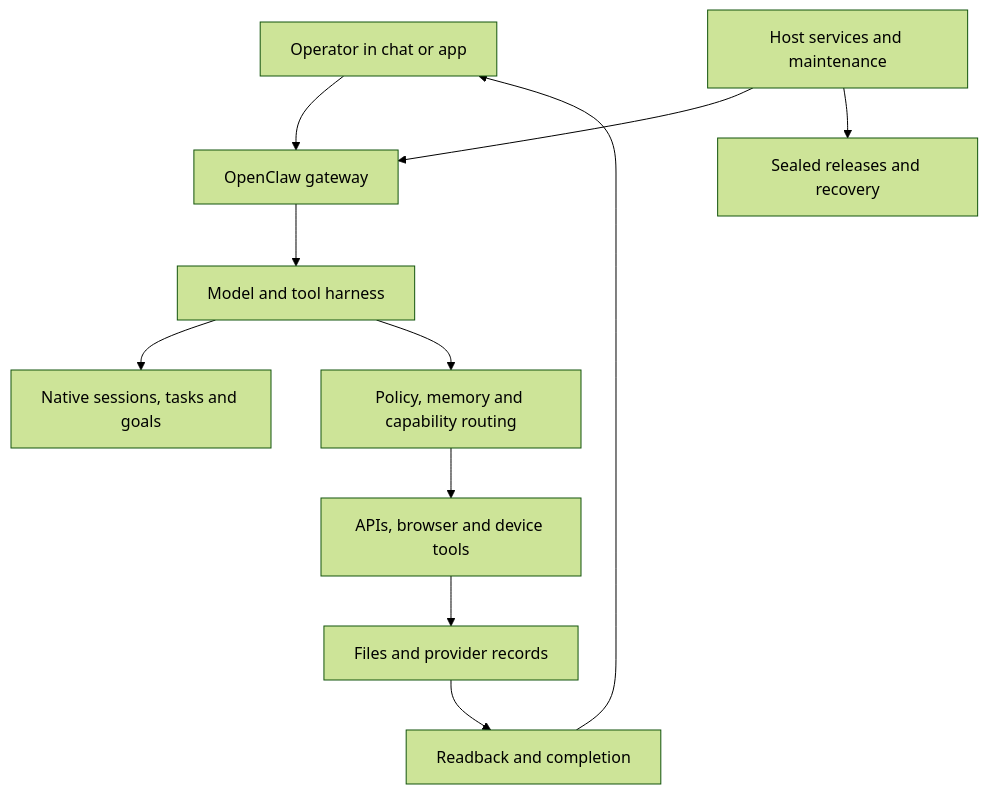
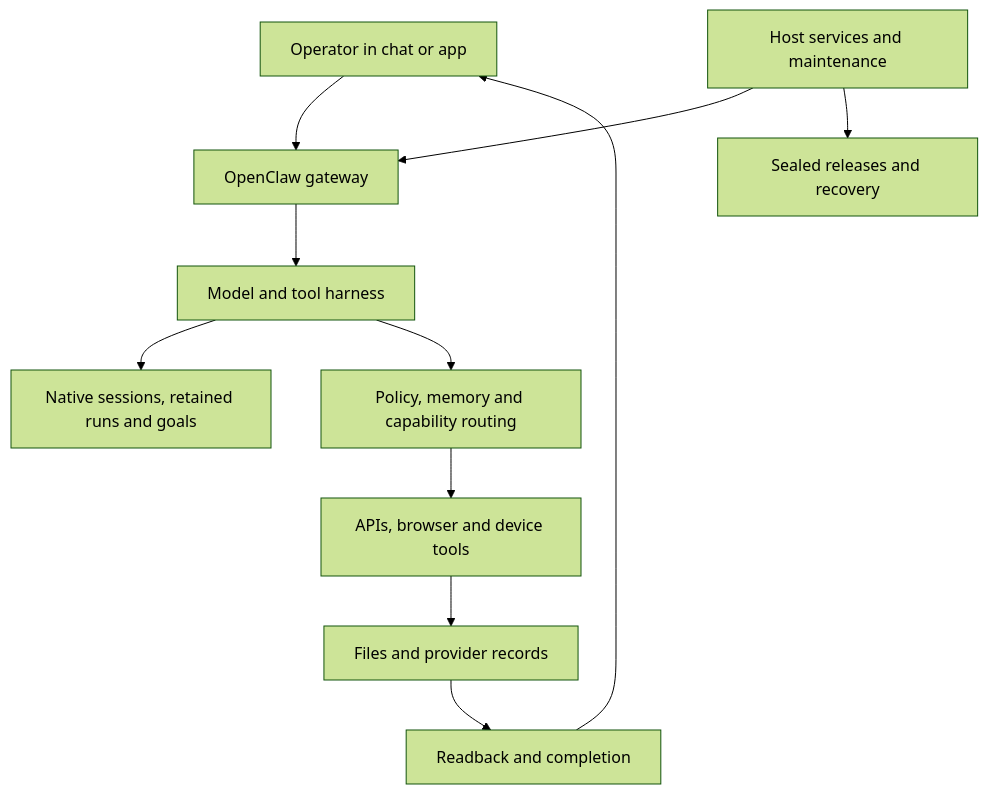
The diagram in README.md (josephbergvinson/openclaw-control-plane), drawn with Mermaid (forest theme) before and after one commit. The commit also changed other lines of this file and 84 other files, not shown here.

````diff
--- a/README.md
+++ b/README.md
@@ -15,13 +15,13 @@
 ```mermaid
 flowchart TD
     Operator[Operator in chat or app] --> Gateway[OpenClaw gateway]
     Gateway --> Runtime[Model and tool harness]
-    Runtime --> Tasks[Native sessions, tasks and goals]
+    Runtime --> Runs[Native sessions, retained runs and goals]
     Runtime --> Workspace[Policy, memory and capability routing]
     Workspace --> Tools[APIs, browser and device tools]
     Tools --> Effects[Files and provider records]
     Effects --> Verify[Readback and completion]
     Verify --> Operator
     Host[Host services and maintenance] --> Gateway
     Host --> Releases[Sealed releases and recovery]
 ```
````
